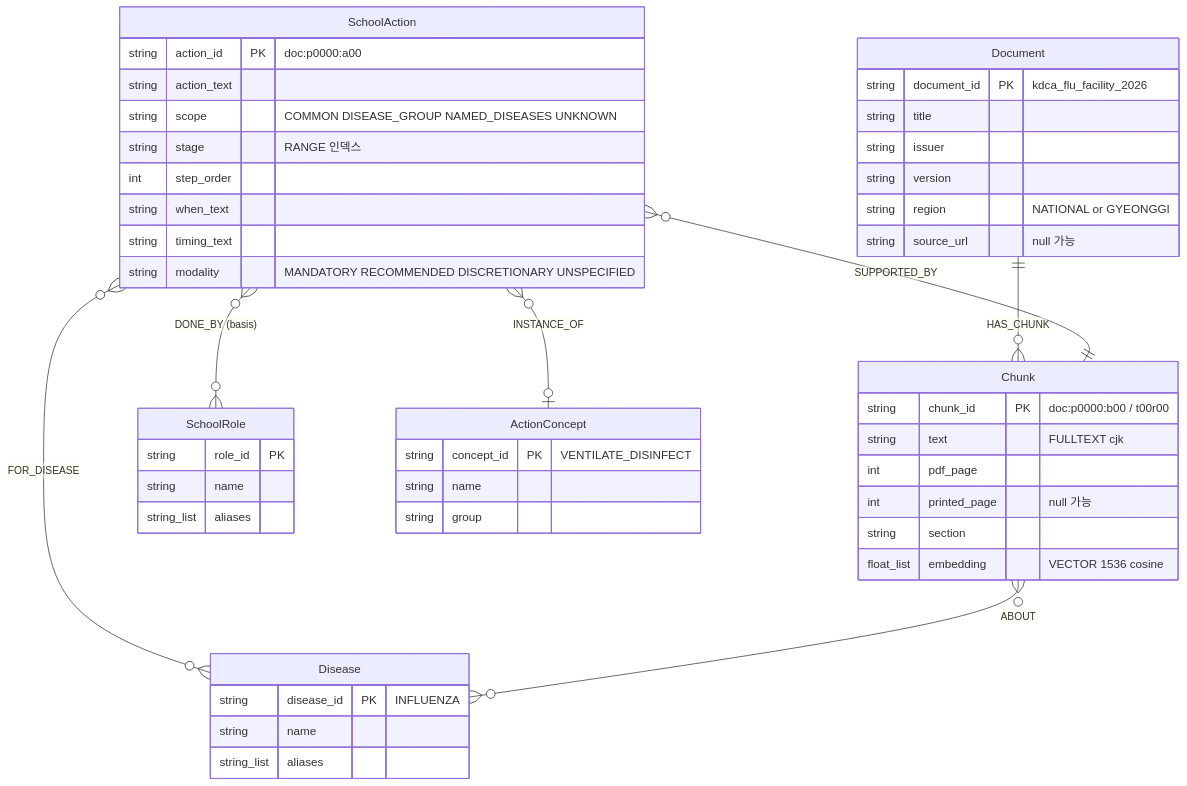
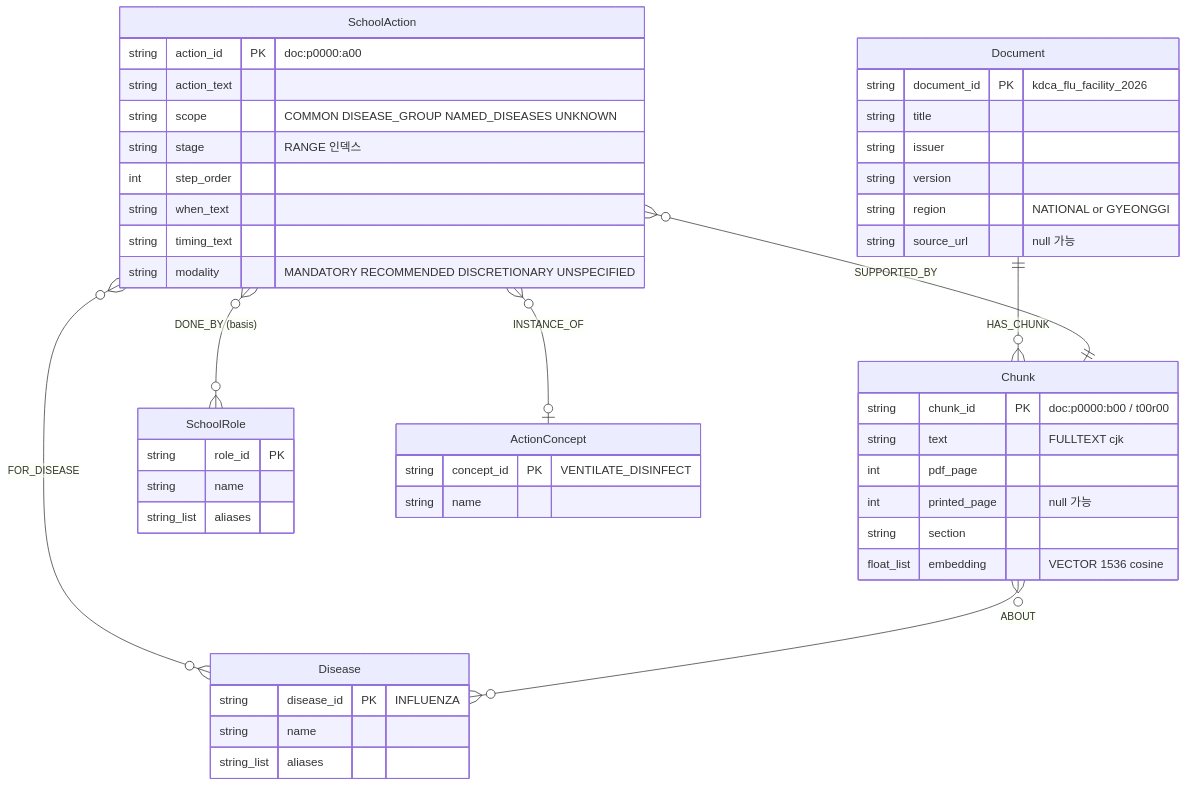
Before and after one commit to encore-ai-campus/mle-02-p2-team2: the diagram in notebooks/respiratory/Neo4j_ERD_v0.1.md, drawn with Mermaid. The commit also changed other lines of this file and 2 other files, not shown here.

Commit message:
chore(respiratory): 공동 Neo4j 통합 점검 db_check(읽기 전용)·ERD 점검 결과 반영

````diff
--- a/notebooks/respiratory/Neo4j_ERD_v0.1.md
+++ b/notebooks/respiratory/Neo4j_ERD_v0.1.md
@@ -9,51 +9,50 @@
 ```mermaid
 erDiagram
     Document ||--o{ Chunk : HAS_CHUNK
     SchoolAction }o--|| Chunk : SUPPORTED_BY
     SchoolAction }o--o{ Disease : FOR_DISEASE
     SchoolAction }o--o{ SchoolRole : "DONE_BY (basis)"
     SchoolAction }o--o| ActionConcept : INSTANCE_OF
     Chunk }o--o{ Disease : ABOUT
 
     Document {
         string document_id PK "kdca_flu_facility_2026"
         string title
         string issuer
         string version
         string region "NATIONAL or GYEONGGI"
         string source_url "null 가능"
     }
     Chunk {
         string chunk_id PK "doc:p0000:b00 / t00r00"
         string text "FULLTEXT cjk"
         int pdf_page
         int printed_page "null 가능"
         string section
         float_list embedding "VECTOR 1536 cosine"
     }
     SchoolAction {
         string action_id PK "doc:p0000:a00"
         string action_text
         string scope "COMMON DISEASE_GROUP NAMED_DISEASES UNKNOWN"
         string stage "RANGE 인덱스"
         int step_order
         string when_text
         string timing_text
         string modality "MANDATORY RECOMMENDED DISCRETIONARY UNSPECIFIED"
     }
     Disease {
         string disease_id PK "INFLUENZA"
         string name
         string_list aliases
     }
     SchoolRole {
         string role_id PK
         string name
         string_list aliases
     }
     ActionConcept {
         string concept_id PK "VENTILATE_DISINFECT"
         string name
-        string group
     }
 ```
````
